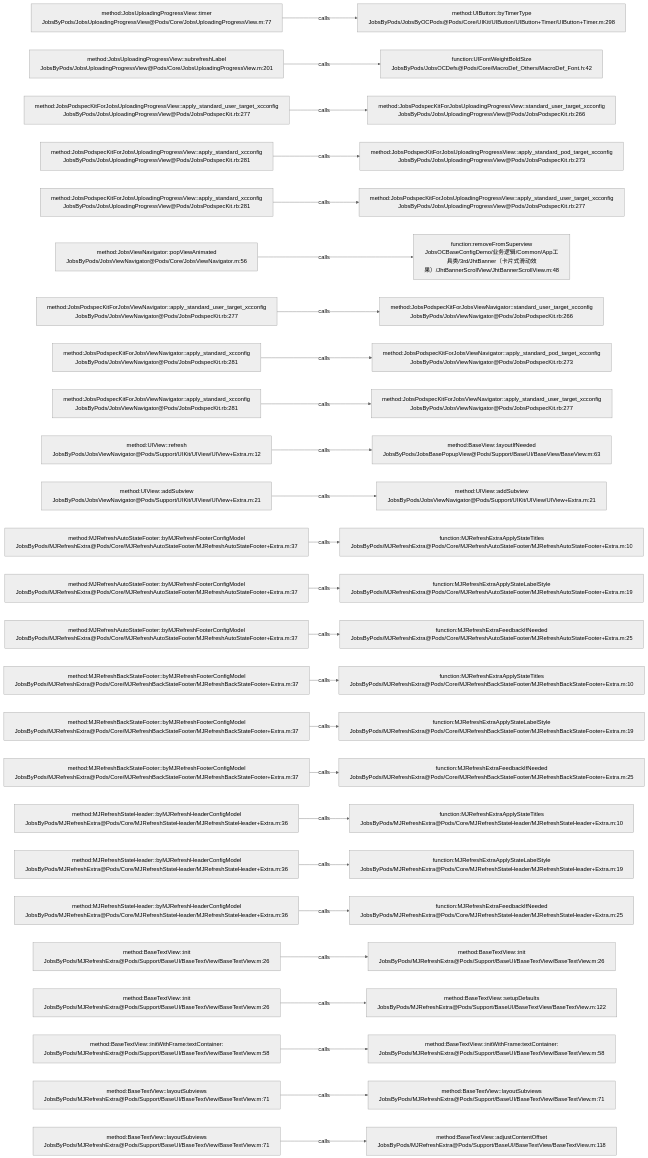
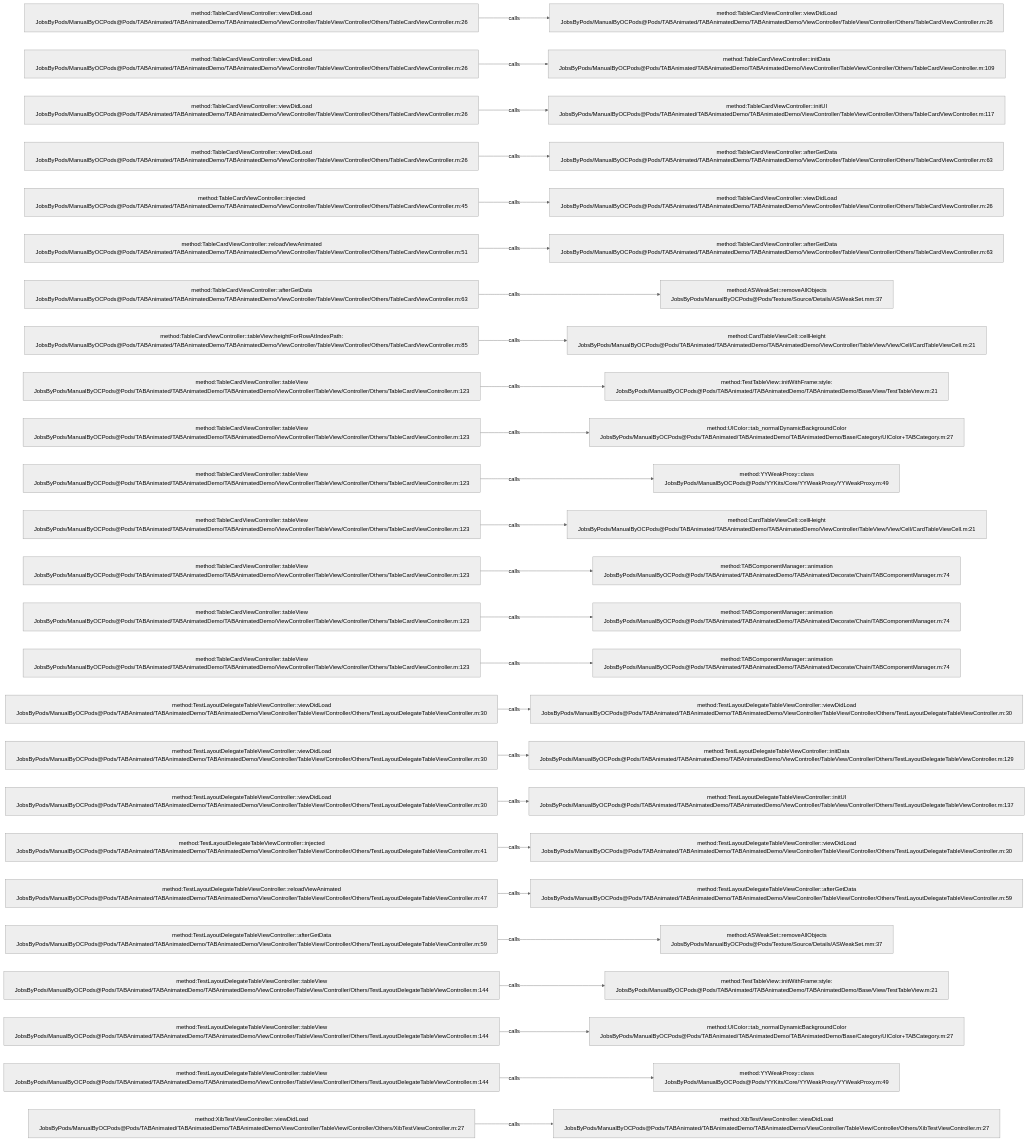
Before and after one commit to JobsKits/JobsOCBaseConfigDemo: the diagram in .codegraph/codegraph.md/graphs/calls-165.md, drawn with Mermaid (neutral theme). The commit also changed 573 other files, not shown here.

````diff
--- a/.codegraph/codegraph.md/graphs/calls-165.md
+++ b/.codegraph/codegraph.md/graphs/calls-165.md
@@ -13,78 +13,78 @@
 ```mermaid
 flowchart LR
-  S1["method:JobsUploadingProgressView::timer<br/>JobsByPods/JobsUploadingProgressView@Pods/Core/JobsUploadingProgressView.m:77"]
-  T1["method:UIButton::byTimerType<br/>JobsByPods/JobsByOCPods@Pods/Core/UIKit/UIButton/UIButton+Timer/UIButton+Timer.m:298"]
+  S1["method:TableCardViewController::viewDidLoad<br/>JobsByPods/ManualByOCPods@Pods/TABAnimated/TABAnimatedDemo/TABAnimatedDemo/ViewController/TableView/Controller/Others/TableCardViewController.m:26"]
+  T1["method:TableCardViewController::viewDidLoad<br/>JobsByPods/ManualByOCPods@Pods/TABAnimated/TABAnimatedDemo/TABAnimatedDemo/ViewController/TableView/Controller/Others/TableCardViewController.m:26"]
   S1 -->|calls| T1
-  S2["method:JobsUploadingProgressView::subrefreshLabel<br/>JobsByPods/JobsUploadingProgressView@Pods/Core/JobsUploadingProgressView.m:201"]
-  T2["function:UIFontWeightBoldSize<br/>JobsByPods/JobsOCDefs@Pods/Core/MacroDef_Others/MacroDef_Font.h:42"]
+  S2["method:TableCardViewController::viewDidLoad<br/>JobsByPods/ManualByOCPods@Pods/TABAnimated/TABAnimatedDemo/TABAnimatedDemo/ViewController/TableView/Controller/Others/TableCardViewController.m:26"]
+  T2["method:TableCardViewController::initData<br/>JobsByPods/ManualByOCPods@Pods/TABAnimated/TABAnimatedDemo/TABAnimatedDemo/ViewController/TableView/Controller/Others/TableCardViewController.m:109"]
   S2 -->|calls| T2
-  S3["method:JobsPodspecKitForJobsUploadingProgressView::apply_standard_user_target_xcconfig<br/>JobsByPods/JobsUploadingProgressView@Pods/JobsPodspecKit.rb:277"]
-  T3["method:JobsPodspecKitForJobsUploadingProgressView::standard_user_target_xcconfig<br/>JobsByPods/JobsUploadingProgressView@Pods/JobsPodspecKit.rb:266"]
+  S3["method:TableCardViewController::viewDidLoad<br/>JobsByPods/ManualByOCPods@Pods/TABAnimated/TABAnimatedDemo/TABAnimatedDemo/ViewController/TableView/Controller/Others/TableCardViewController.m:26"]
+  T3["method:TableCardViewController::initUI<br/>JobsByPods/ManualByOCPods@Pods/TABAnimated/TABAnimatedDemo/TABAnimatedDemo/ViewController/TableView/Controller/Others/TableCardViewController.m:117"]
   S3 -->|calls| T3
-  S4["method:JobsPodspecKitForJobsUploadingProgressView::apply_standard_xcconfig<br/>JobsByPods/JobsUploadingProgressView@Pods/JobsPodspecKit.rb:281"]
-  T4["method:JobsPodspecKitForJobsUploadingProgressView::apply_standard_pod_target_xcconfig<br/>JobsByPods/JobsUploadingProgressView@Pods/JobsPodspecKit.rb:273"]
+  S4["method:TableCardViewController::viewDidLoad<br/>JobsByPods/ManualByOCPods@Pods/TABAnimated/TABAnimatedDemo/TABAnimatedDemo/ViewController/TableView/Controller/Others/TableCardViewController.m:26"]
+  T4["method:TableCardViewController::afterGetData<br/>JobsByPods/ManualByOCPods@Pods/TABAnimated/TABAnimatedDemo/TABAnimatedDemo/ViewController/TableView/Controller/Others/TableCardViewController.m:63"]
   S4 -->|calls| T4
-  S5["method:JobsPodspecKitForJobsUploadingProgressView::apply_standard_xcconfig<br/>JobsByPods/JobsUploadingProgressView@Pods/JobsPodspecKit.rb:281"]
-  T5["method:JobsPodspecKitForJobsUploadingProgressView::apply_standard_user_target_xcconfig<br/>JobsByPods/JobsUploadingProgressView@Pods/JobsPodspecKit.rb:277"]
+  S5["method:TableCardViewController::injected<br/>JobsByPods/ManualByOCPods@Pods/TABAnimated/TABAnimatedDemo/TABAnimatedDemo/ViewController/TableView/Controller/Others/TableCardViewController.m:45"]
+  T5["method:TableCardViewController::viewDidLoad<br/>JobsByPods/ManualByOCPods@Pods/TABAnimated/TABAnimatedDemo/TABAnimatedDemo/ViewController/TableView/Controller/Others/TableCardViewController.m:26"]
   S5 -->|calls| T5
-  S6["method:JobsViewNavigator::popViewAnimated<br/>JobsByPods/JobsViewNavigator@Pods/Core/JobsViewNavigator.m:56"]
-  T6["function:removeFromSuperview<br/>JobsOCBaseConfigDemo/业务逻辑/Common/App工具类/3rd/JhtBanner（卡片式滑动效果）/JhtBannerScrollView/JhtBannerScrollView.m:48"]
+  S6["method:TableCardViewController::reloadViewAnimated<br/>JobsByPods/ManualByOCPods@Pods/TABAnimated/TABAnimatedDemo/TABAnimatedDemo/ViewController/TableView/Controller/Others/TableCardViewController.m:51"]
+  T6["method:TableCardViewController::afterGetData<br/>JobsByPods/ManualByOCPods@Pods/TABAnimated/TABAnimatedDemo/TABAnimatedDemo/ViewController/TableView/Controller/Others/TableCardViewController.m:63"]
   S6 -->|calls| T6
-  S7["method:JobsPodspecKitForJobsViewNavigator::apply_standard_user_target_xcconfig<br/>JobsByPods/JobsViewNavigator@Pods/JobsPodspecKit.rb:277"]
-  T7["method:JobsPodspecKitForJobsViewNavigator::standard_user_target_xcconfig<br/>JobsByPods/JobsViewNavigator@Pods/JobsPodspecKit.rb:266"]
+  S7["method:TableCardViewController::afterGetData<br/>JobsByPods/ManualByOCPods@Pods/TABAnimated/TABAnimatedDemo/TABAnimatedDemo/ViewController/TableView/Controller/Others/TableCardViewController.m:63"]
+  T7["method:ASWeakSet::removeAllObjects<br/>JobsByPods/ManualByOCPods@Pods/Texture/Source/Details/ASWeakSet.mm:37"]
   S7 -->|calls| T7
-  S8["method:JobsPodspecKitForJobsViewNavigator::apply_standard_xcconfig<br/>JobsByPods/JobsViewNavigator@Pods/JobsPodspecKit.rb:281"]
-  T8["method:JobsPodspecKitForJobsViewNavigator::apply_standard_pod_target_xcconfig<br/>JobsByPods/JobsViewNavigator@Pods/JobsPodspecKit.rb:273"]
+  S8["method:TableCardViewController::tableView:heightForRowAtIndexPath:<br/>JobsByPods/ManualByOCPods@Pods/TABAnimated/TABAnimatedDemo/TABAnimatedDemo/ViewController/TableView/Controller/Others/TableCardViewController.m:85"]
+  T8["method:CardTableViewCell::cellHeight<br/>JobsByPods/ManualByOCPods@Pods/TABAnimated/TABAnimatedDemo/TABAnimatedDemo/ViewController/TableView/View/Cell/CardTableViewCell.m:21"]
   S8 -->|calls| T8
-  S9["method:JobsPodspecKitForJobsViewNavigator::apply_standard_xcconfig<br/>JobsByPods/JobsViewNavigator@Pods/JobsPodspecKit.rb:281"]
-  T9["method:JobsPodspecKitForJobsViewNavigator::apply_standard_user_target_xcconfig<br/>JobsByPods/JobsViewNavigator@Pods/JobsPodspecKit.rb:277"]
+  S9["method:TableCardViewController::tableView<br/>JobsByPods/ManualByOCPods@Pods/TABAnimated/TABAnimatedDemo/TABAnimatedDemo/ViewController/TableView/Controller/Others/TableCardViewController.m:123"]
+  T9["method:TestTableView::initWithFrame:style:<br/>JobsByPods/ManualByOCPods@Pods/TABAnimated/TABAnimatedDemo/TABAnimatedDemo/Base/View/TestTableView.m:21"]
   S9 -->|calls| T9
-  S10["method:UIView::refresh<br/>JobsByPods/JobsViewNavigator@Pods/Support/UIKit/UIView/UIView+Extra.m:12"]
-  T10["method:BaseView::layoutIfNeeded<br/>JobsByPods/JobsBasePopupView@Pods/Support/BaseUI/BaseView/BaseView.m:63"]
+  S10["method:TableCardViewController::tableView<br/>JobsByPods/ManualByOCPods@Pods/TABAnimated/TABAnimatedDemo/TABAnimatedDemo/ViewController/TableView/Controller/Others/TableCardViewController.m:123"]
+  T10["method:UIColor::tab_normalDynamicBackgroundColor<br/>JobsByPods/ManualByOCPods@Pods/TABAnimated/TABAnimatedDemo/TABAnimatedDemo/Base/Category/UIColor+TABCategory.m:27"]
   S10 -->|calls| T10
-  S11["method:UIView::addSubview<br/>JobsByPods/JobsViewNavigator@Pods/Support/UIKit/UIView/UIView+Extra.m:21"]
-  T11["method:UIView::addSubview<br/>JobsByPods/JobsViewNavigator@Pods/Support/UIKit/UIView/UIView+Extra.m:21"]
+  S11["method:TableCardViewController::tableView<br/>JobsByPods/ManualByOCPods@Pods/TABAnimated/TABAnimatedDemo/TABAnimatedDemo/ViewController/TableView/Controller/Others/TableCardViewController.m:123"]
+  T11["method:YYWeakProxy::class<br/>JobsByPods/ManualByOCPods@Pods/YYKits/Core/YYWeakProxy/YYWeakProxy.m:49"]
   S11 -->|calls| T11
-  S12["method:MJRefreshAutoStateFooter::byMJRefreshFooterConfigModel<br/>JobsByPods/MJRefreshExtra@Pods/Core/MJRefreshAutoStateFooter/MJRefreshAutoStateFooter+Extra.m:37"]
-  T12["function:MJRefreshExtraApplyStateTitles<br/>JobsByPods/MJRefreshExtra@Pods/Core/MJRefreshAutoStateFooter/MJRefreshAutoStateFooter+Extra.m:10"]
+  S12["method:TableCardViewController::tableView<br/>JobsByPods/ManualByOCPods@Pods/TABAnimated/TABAnimatedDemo/TABAnimatedDemo/ViewController/TableView/Controller/Others/TableCardViewController.m:123"]
+  T12["method:CardTableViewCell::cellHeight<br/>JobsByPods/ManualByOCPods@Pods/TABAnimated/TABAnimatedDemo/TABAnimatedDemo/ViewController/TableView/View/Cell/CardTableViewCell.m:21"]
   S12 -->|calls| T12
-  S13["method:MJRefreshAutoStateFooter::byMJRefreshFooterConfigModel<br/>JobsByPods/MJRefreshExtra@Pods/Core/MJRefreshAutoStateFooter/MJRefreshAutoStateFooter+Extra.m:37"]
-  T13["function:MJRefreshExtraApplyStateLabelStyle<br/>JobsByPods/MJRefreshExtra@Pods/Core/MJRefreshAutoStateFooter/MJRefreshAutoStateFooter+Extra.m:19"]
+  S13["method:TableCardViewController::tableView<br/>JobsByPods/ManualByOCPods@Pods/TABAnimated/TABAnimatedDemo/TABAnimatedDemo/ViewController/TableView/Controller/Others/TableCardViewController.m:123"]
+  T13["method:TABComponentManager::animation<br/>JobsByPods/ManualByOCPods@Pods/TABAnimated/TABAnimatedDemo/TABAnimated/Decorate/Chain/TABComponentManager.m:74"]
   S13 -->|calls| T13
-  S14["method:MJRefreshAutoStateFooter::byMJRefreshFooterConfigModel<br/>JobsByPods/MJRefreshExtra@Pods/Core/MJRefreshAutoStateFooter/MJRefreshAutoStateFooter+Extra.m:37"]
-  T14["function:MJRefreshExtraFeedbackIfNeeded<br/>JobsByPods/MJRefreshExtra@Pods/Core/MJRefreshAutoStateFooter/MJRefreshAutoStateFooter+Extra.m:25"]
+  S14["method:TableCardViewController::tableView<br/>JobsByPods/ManualByOCPods@Pods/TABAnimated/TABAnimatedDemo/TABAnimatedDemo/ViewController/TableView/Controller/Others/TableCardViewController.m:123"]
+  T14["method:TABComponentManager::animation<br/>JobsByPods/ManualByOCPods@Pods/TABAnimated/TABAnimatedDemo/TABAnimated/Decorate/Chain/TABComponentManager.m:74"]
   S14 -->|calls| T14
-  S15["method:MJRefreshBackStateFooter::byMJRefreshFooterConfigModel<br/>JobsByPods/MJRefreshExtra@Pods/Core/MJRefreshBackStateFooter/MJRefreshBackStateFooter+Extra.m:37"]
-  T15["function:MJRefreshExtraApplyStateTitles<br/>JobsByPods/MJRefreshExtra@Pods/Core/MJRefreshBackStateFooter/MJRefreshBackStateFooter+Extra.m:10"]
+  S15["method:TableCardViewController::tableView<br/>JobsByPods/ManualByOCPods@Pods/TABAnimated/TABAnimatedDemo/TABAnimatedDemo/ViewController/TableView/Controller/Others/TableCardViewController.m:123"]
+  T15["method:TABComponentManager::animation<br/>JobsByPods/ManualByOCPods@Pods/TABAnimated/TABAnimatedDemo/TABAnimated/Decorate/Chain/TABComponentManager.m:74"]
   S15 -->|calls| T15
-  S16["method:MJRefreshBackStateFooter::byMJRefreshFooterConfigModel<br/>JobsByPods/MJRefreshExtra@Pods/Core/MJRefreshBackStateFooter/MJRefreshBackStateFooter+Extra.m:37"]
-  T16["function:MJRefreshExtraApplyStateLabelStyle<br/>JobsByPods/MJRefreshExtra@Pods/Core/MJRefreshBackStateFooter/MJRefreshBackStateFooter+Extra.m:19"]
+  S16["method:TestLayoutDelegateTableViewController::viewDidLoad<br/>JobsByPods/ManualByOCPods@Pods/TABAnimated/TABAnimatedDemo/TABAnimatedDemo/ViewController/TableView/Controller/Others/TestLayoutDelegateTableViewController.m:30"]
+  T16["method:TestLayoutDelegateTableViewController::viewDidLoad<br/>JobsByPods/ManualByOCPods@Pods/TABAnimated/TABAnimatedDemo/TABAnimatedDemo/ViewController/TableView/Controller/Others/TestLayoutDelegateTableViewController.m:30"]
   S16 -->|calls| T16
-  S17["method:MJRefreshBackStateFooter::byMJRefreshFooterConfigModel<br/>JobsByPods/MJRefreshExtra@Pods/Core/MJRefreshBackStateFooter/MJRefreshBackStateFooter+Extra.m:37"]
-  T17["function:MJRefreshExtraFeedbackIfNeeded<br/>JobsByPods/MJRefreshExtra@Pods/Core/MJRefreshBackStateFooter/MJRefreshBackStateFooter+Extra.m:25"]
+  S17["method:TestLayoutDelegateTableViewController::viewDidLoad<br/>JobsByPods/ManualByOCPods@Pods/TABAnimated/TABAnimatedDemo/TABAnimatedDemo/ViewController/TableView/Controller/Others/TestLayoutDelegateTableViewController.m:30"]
+  T17["method:TestLayoutDelegateTableViewController::initData<br/>JobsByPods/ManualByOCPods@Pods/TABAnimated/TABAnimatedDemo/TABAnimatedDemo/ViewController/TableView/Controller/Others/TestLayoutDelegateTableViewController.m:129"]
   S17 -->|calls| T17
-  S18["method:MJRefreshStateHeader::byMJRefreshHeaderConfigModel<br/>JobsByPods/MJRefreshExtra@Pods/Core/MJRefreshStateHeader/MJRefreshStateHeader+Extra.m:36"]
-  T18["function:MJRefreshExtraApplyStateTitles<br/>JobsByPods/MJRefreshExtra@Pods/Core/MJRefreshStateHeader/MJRefreshStateHeader+Extra.m:10"]
+  S18["method:TestLayoutDelegateTableViewController::viewDidLoad<br/>JobsByPods/ManualByOCPods@Pods/TABAnimated/TABAnimatedDemo/TABAnimatedDemo/ViewController/TableView/Controller/Others/TestLayoutDelegateTableViewController.m:30"]
+  T18["method:TestLayoutDelegateTableViewController::initUI<br/>JobsByPods/ManualByOCPods@Pods/TABAnimated/TABAnimatedDemo/TABAnimatedDemo/ViewController/TableView/Controller/Others/TestLayoutDelegateTableViewController.m:137"]
   S18 -->|calls| T18
-  S19["method:MJRefreshStateHeader::byMJRefreshHeaderConfigModel<br/>JobsByPods/MJRefreshExtra@Pods/Core/MJRefreshStateHeader/MJRefreshStateHeader+Extra.m:36"]
-  T19["function:MJRefreshExtraApplyStateLabelStyle<br/>JobsByPods/MJRefreshExtra@Pods/Core/MJRefreshStateHeader/MJRefreshStateHeader+Extra.m:19"]
+  S19["method:TestLayoutDelegateTableViewController::injected<br/>JobsByPods/ManualByOCPods@Pods/TABAnimated/TABAnimatedDemo/TABAnimatedDemo/ViewController/TableView/Controller/Others/TestLayoutDelegateTableViewController.m:41"]
+  T19["method:TestLayoutDelegateTableViewController::viewDidLoad<br/>JobsByPods/ManualByOCPods@Pods/TABAnimated/TABAnimatedDemo/TABAnimatedDemo/ViewController/TableView/Controller/Others/TestLayoutDelegateTableViewController.m:30"]
   S19 -->|calls| T19
-  S20["method:MJRefreshStateHeader::byMJRefreshHeaderConfigModel<br/>JobsByPods/MJRefreshExtra@Pods/Core/MJRefreshStateHeader/MJRefreshStateHeader+Extra.m:36"]
-  T20["function:MJRefreshExtraFeedbackIfNeeded<br/>JobsByPods/MJRefreshExtra@Pods/Core/MJRefreshStateHeader/MJRefreshStateHeader+Extra.m:25"]
+  S20["method:TestLayoutDelegateTableViewController::reloadViewAnimated<br/>JobsByPods/ManualByOCPods@Pods/TABAnimated/TABAnimatedDemo/TABAnimatedDemo/ViewController/TableView/Controller/Others/TestLayoutDelegateTableViewController.m:47"]
+  T20["method:TestLayoutDelegateTableViewController::afterGetData<br/>JobsByPods/ManualByOCPods@Pods/TABAnimated/TABAnimatedDemo/TABAnimatedDemo/ViewController/TableView/Controller/Others/TestLayoutDelegateTableViewController.m:59"]
   S20 -->|calls| T20
-  S21["method:BaseTextView::init<br/>JobsByPods/MJRefreshExtra@Pods/Support/BaseUI/BaseTextView/BaseTextView.m:26"]
-  T21["method:BaseTextView::init<br/>JobsByPods/MJRefreshExtra@Pods/Support/BaseUI/BaseTextView/BaseTextView.m:26"]
+  S21["method:TestLayoutDelegateTableViewController::afterGetData<br/>JobsByPods/ManualByOCPods@Pods/TABAnimated/TABAnimatedDemo/TABAnimatedDemo/ViewController/TableView/Controller/Others/TestLayoutDelegateTableViewController.m:59"]
+  T21["method:ASWeakSet::removeAllObjects<br/>JobsByPods/ManualByOCPods@Pods/Texture/Source/Details/ASWeakSet.mm:37"]
   S21 -->|calls| T21
-  S22["method:BaseTextView::init<br/>JobsByPods/MJRefreshExtra@Pods/Support/BaseUI/BaseTextView/BaseTextView.m:26"]
-  T22["method:BaseTextView::setupDefaults<br/>JobsByPods/MJRefreshExtra@Pods/Support/BaseUI/BaseTextView/BaseTextView.m:122"]
+  S22["method:TestLayoutDelegateTableViewController::tableView<br/>JobsByPods/ManualByOCPods@Pods/TABAnimated/TABAnimatedDemo/TABAnimatedDemo/ViewController/TableView/Controller/Others/TestLayoutDelegateTableViewController.m:144"]
+  T22["method:TestTableView::initWithFrame:style:<br/>JobsByPods/ManualByOCPods@Pods/TABAnimated/TABAnimatedDemo/TABAnimatedDemo/Base/View/TestTableView.m:21"]
   S22 -->|calls| T22
-  S23["method:BaseTextView::initWithFrame:textContainer:<br/>JobsByPods/MJRefreshExtra@Pods/Support/BaseUI/BaseTextView/BaseTextView.m:58"]
-  T23["method:BaseTextView::initWithFrame:textContainer:<br/>JobsByPods/MJRefreshExtra@Pods/Support/BaseUI/BaseTextView/BaseTextView.m:58"]
+  S23["method:TestLayoutDelegateTableViewController::tableView<br/>JobsByPods/ManualByOCPods@Pods/TABAnimated/TABAnimatedDemo/TABAnimatedDemo/ViewController/TableView/Controller/Others/TestLayoutDelegateTableViewController.m:144"]
+  T23["method:UIColor::tab_normalDynamicBackgroundColor<br/>JobsByPods/ManualByOCPods@Pods/TABAnimated/TABAnimatedDemo/TABAnimatedDemo/Base/Category/UIColor+TABCategory.m:27"]
   S23 -->|calls| T23
-  S24["method:BaseTextView::layoutSubviews<br/>JobsByPods/MJRefreshExtra@Pods/Support/BaseUI/BaseTextView/BaseTextView.m:71"]
-  T24["method:BaseTextView::layoutSubviews<br/>JobsByPods/MJRefreshExtra@Pods/Support/BaseUI/BaseTextView/BaseTextView.m:71"]
+  S24["method:TestLayoutDelegateTableViewController::tableView<br/>JobsByPods/ManualByOCPods@Pods/TABAnimated/TABAnimatedDemo/TABAnimatedDemo/ViewController/TableView/Controller/Others/TestLayoutDelegateTableViewController.m:144"]
+  T24["method:YYWeakProxy::class<br/>JobsByPods/ManualByOCPods@Pods/YYKits/Core/YYWeakProxy/YYWeakProxy.m:49"]
   S24 -->|calls| T24
-  S25["method:BaseTextView::layoutSubviews<br/>JobsByPods/MJRefreshExtra@Pods/Support/BaseUI/BaseTextView/BaseTextView.m:71"]
-  T25["method:BaseTextView::adjustContentOffset<br/>JobsByPods/MJRefreshExtra@Pods/Support/BaseUI/BaseTextView/BaseTextView.m:118"]
+  S25["method:XibTestViewController::viewDidLoad<br/>JobsByPods/ManualByOCPods@Pods/TABAnimated/TABAnimatedDemo/TABAnimatedDemo/ViewController/TableView/Controller/Others/XibTestViewController.m:27"]
+  T25["method:XibTestViewController::viewDidLoad<br/>JobsByPods/ManualByOCPods@Pods/TABAnimated/TABAnimatedDemo/TABAnimatedDemo/ViewController/TableView/Controller/Others/XibTestViewController.m:27"]
   S25 -->|calls| T25
 ```
````
